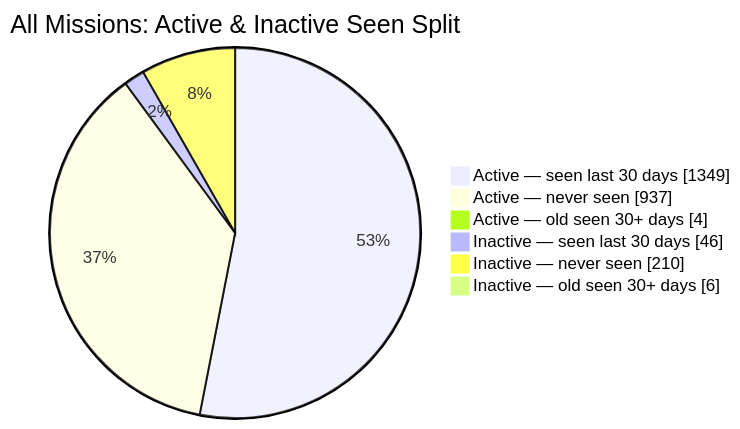
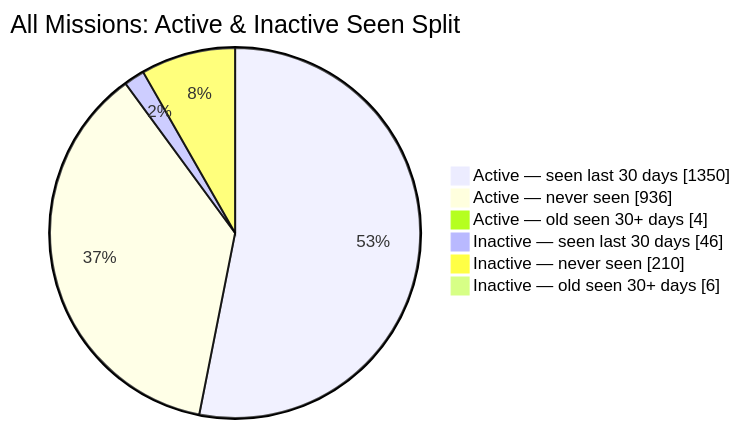
One commit to MeldkamerspelGameTeam/active-missions changed the second of 2 diagrams in README.md. Above: the diagram before and after it, drawn with Mermaid. The commit also changed other lines of this file and 3 other files, not shown here.

````diff
--- a/README.md
+++ b/README.md
@@ -44,10 +44,10 @@
 ```mermaid
 pie showData
     title All Missions: Active & Inactive Seen Split
-    "Active — seen last 30 days" : 1349
-    "Active — never seen" : 937
+    "Active — seen last 30 days" : 1350
+    "Active — never seen" : 936
     "Active — old seen 30+ days" : 4
     "Inactive — seen last 30 days" : 46
     "Inactive — never seen" : 210
     "Inactive — old seen 30+ days" : 6
 ```
````
